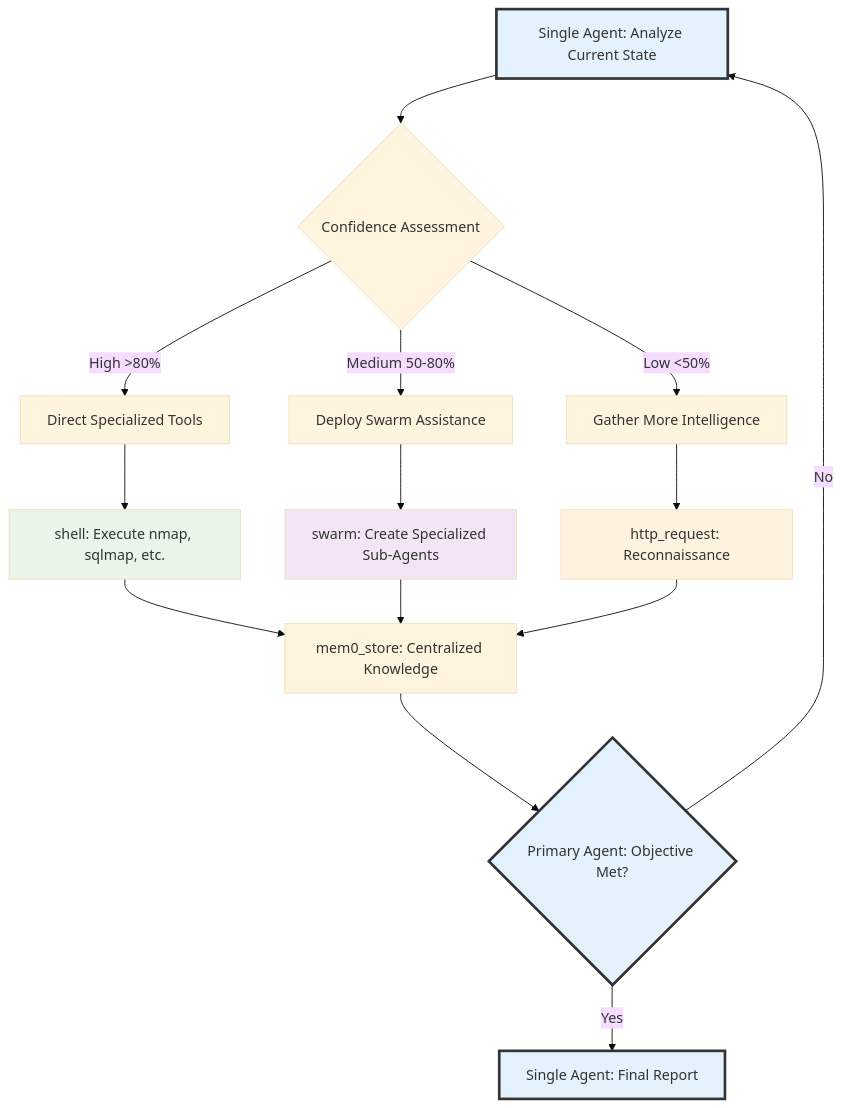
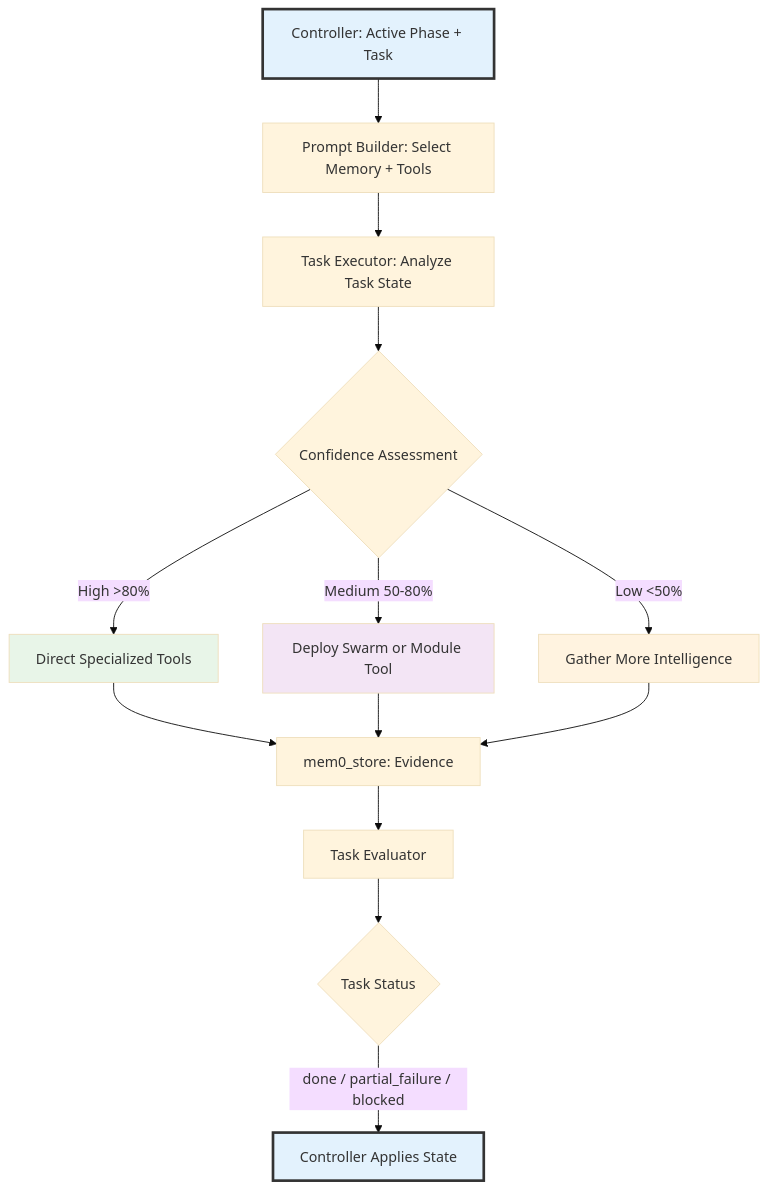
The third of 5 diagrams in docs/architecture.md (double16/Cyber-AutoAgent-ng), drawn with Mermaid (base theme) before and after one commit. The commit also changed other lines of this file and 112 other files, not shown here.

````diff
--- a/docs/architecture.md
+++ b/docs/architecture.md
@@ -121,27 +141,24 @@
 ```mermaid
 flowchart TD
-    A[Single Agent: Analyze Current State] --> B{Confidence Assessment}
+    A[Controller: Active Phase + Task] --> B[Prompt Builder: Select Memory + Tools]
+    B --> C[Task Executor: Analyze Task State]
+    C --> D{Confidence Assessment}
     
-    B -->|High >80%| C[Direct Specialized Tools]
-    B -->|Medium 50-80%| D[Deploy Swarm Assistance] 
-    B -->|Low <50%| E[Gather More Intelligence]
+    D -->|High >80%| E[Direct Specialized Tools]
+    D -->|Medium 50-80%| F[Deploy Swarm or Module Tool]
+    D -->|Low <50%| G[Gather More Intelligence]
     
-    C --> F[shell: Execute nmap, sqlmap, etc.]
-    D --> G[swarm: Create Specialized Sub-Agents]
-    E --> H[http_request: Reconnaissance]
+    E --> H[mem0_store: Evidence]
+    F --> H
+    G --> H
     
-    F --> I[mem0_store: Centralized Knowledge]
-    G --> I
-    H --> I
-    
-    I --> J{Primary Agent: Objective Met?}
-    J -->|No| A
-    J -->|Yes| K[Single Agent: Final Report]
+    H --> I[Task Evaluator]
+    I --> J{Task Status}
+    J -->|done / partial_failure / blocked| K[Controller Applies State]
     
     style A fill:#e3f2fd,stroke:#333,stroke-width:3px
-    style J fill:#e3f2fd,stroke:#333,stroke-width:3px
     style K fill:#e3f2fd,stroke:#333,stroke-width:3px
-    style F fill:#e8f5e8
-    style G fill:#f3e5f5
-    style H fill:#fff3e0
+    style E fill:#e8f5e8
+    style F fill:#f3e5f5
+    style G fill:#fff3e0
 ```
````
